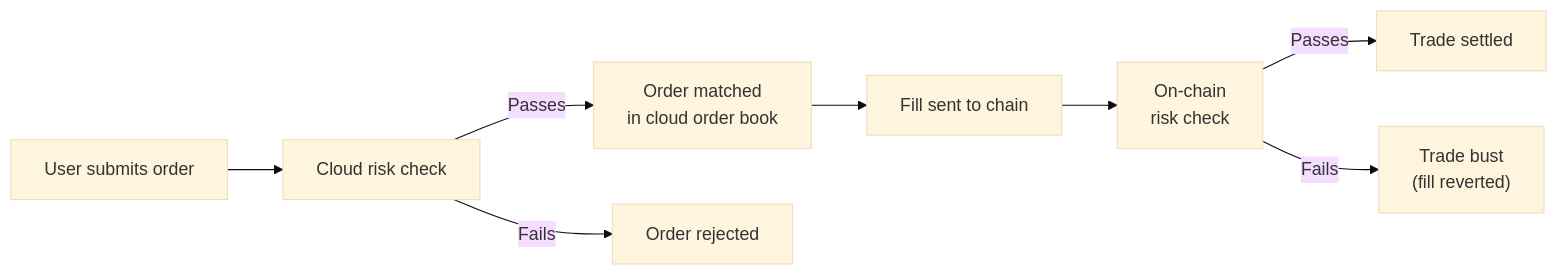
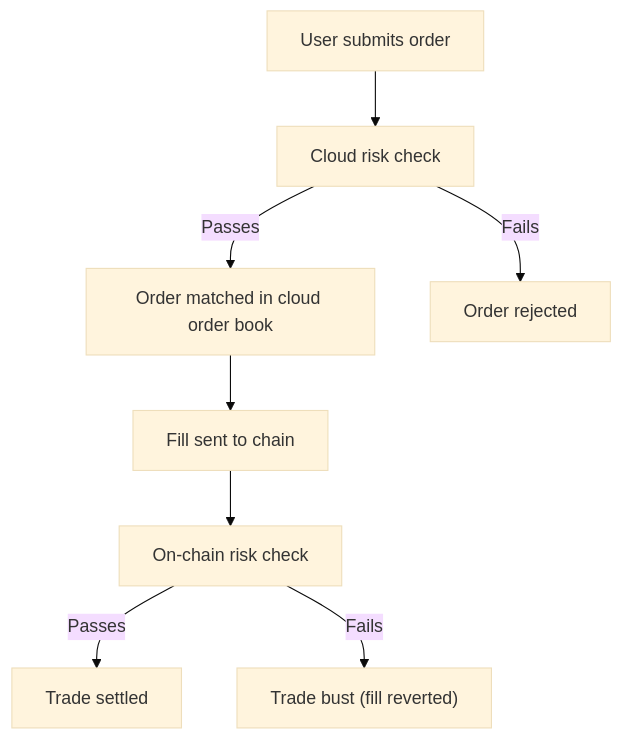
One commit to tradeparadex/paradex-docs changed the diagram in fern/pages/risk-system/trade-busts.mdx. Above: the diagram before and after it, drawn with Mermaid (base theme).

Commit message:
Switch Mermaid diagram to vertical layout and fix text rendering

````diff
--- a/fern/pages/risk-system/trade-busts.mdx
+++ b/fern/pages/risk-system/trade-busts.mdx
@@ -10,10 +10,10 @@
 ```mermaid
-flowchart LR
+flowchart TD
     A["User submits order"] --> B["Cloud risk check"]
-    B -->|Passes| C["Order matched\nin cloud order book"]
+    B -->|Passes| C["Order matched in cloud order book"]
     B -->|Fails| R1["Order rejected"]
     C --> D["Fill sent to chain"]
-    D --> E["On-chain\nrisk check"]
+    D --> E["On-chain risk check"]
     E -->|Passes| F["Trade settled"]
-    E -->|Fails| G["Trade bust\n(fill reverted)"]
+    E -->|Fails| G["Trade bust (fill reverted)"]
 ```
````
